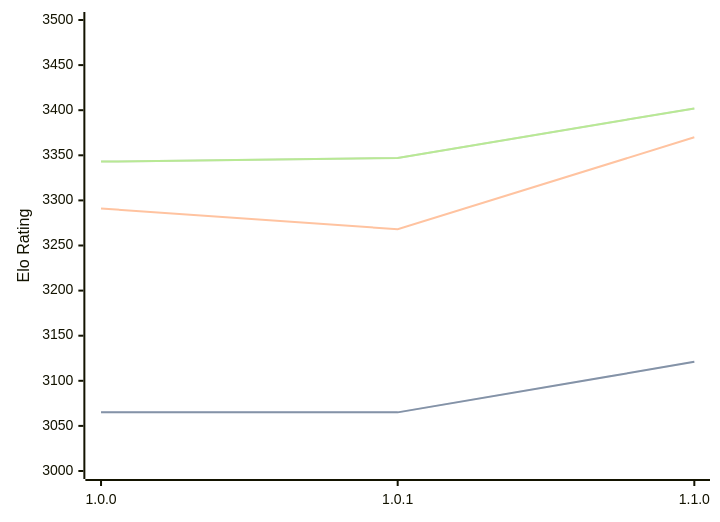
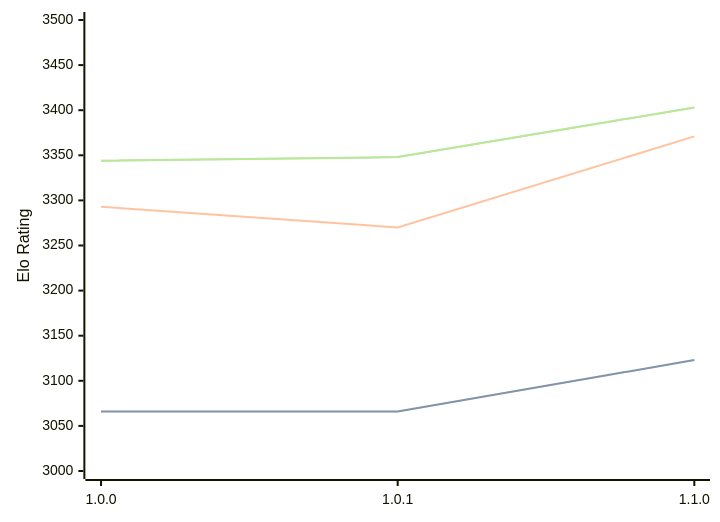
One commit to computer-chess-index/cci changed the diagram in engines/Ursus.md. Above: the diagram before and after it, drawn with Mermaid. The commit also changed other lines of this file, not shown here.

Commit message:
Update CCI Ratings (ELO VLTC) - 2026-08-26

````diff
--- a/engines/Ursus.md
+++ b/engines/Ursus.md
@@ -33,11 +33,11 @@
 ```mermaid
 %%{init: {"theme":"base","themeVariables":{"seriesColors:['#a3a3a3','#222221','#faa371']}}}%%
 xychart-beta
   x-axis ["1.0.0", "1.0.1", "1.1.0"]
   y-axis "Elo Rating" 3000 --> 3500
-  line "STC (8.0+0.08s)" [3065, 3065, 3121]
-  line "STC (8.0+0.08s)" [3065, 3065, 3121]
-  line "LTC (60.0+0.60s)" [3291, 3268, 3370]
-  line "VLTC (2m24s+1.12s)" [3343, 3347, 3402]
-  line "VLTC (2m24s+1.12s)" [3343, 3347, 3402]
+  line "STC (8.0+0.08s)" [3066, 3066, 3123]
+  line "STC (8.0+0.08s)" [3066, 3066, 3123]
+  line "LTC (60.0+0.60s)" [3293, 3270, 3371]
+  line "VLTC (2m24s+1.12s)" [3344, 3348, 3403]
+  line "VLTC (2m24s+1.12s)" [3344, 3348, 3403]
 ```
````
